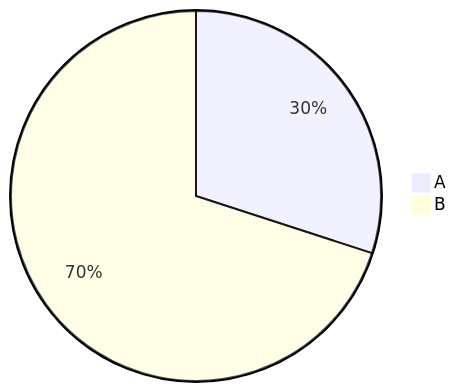
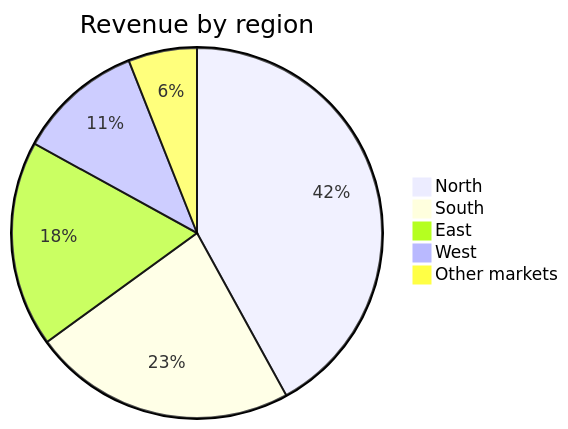
The ninth of 12 diagrams in examples/feature-showcase/diagram-gallery.md (gregshallardau/md-doc-pipeline), drawn with Mermaid before and after one commit. The commit also changed other lines of this file and 4 other files, not shown here.

First line of the commit message:
Give Mermaid diagrams one polished design system

````diff
--- a/examples/feature-showcase/diagram-gallery.md
+++ b/examples/feature-showcase/diagram-gallery.md
@@ -17,5 +151,8 @@
 ```mermaid
-pie
-"A" : 30
-"B" : 70
+pie title Revenue by region
+    "North" : 42
+    "South" : 23
+    "East" : 18
+    "West" : 11
+    "Other markets" : 6
 ```
````
